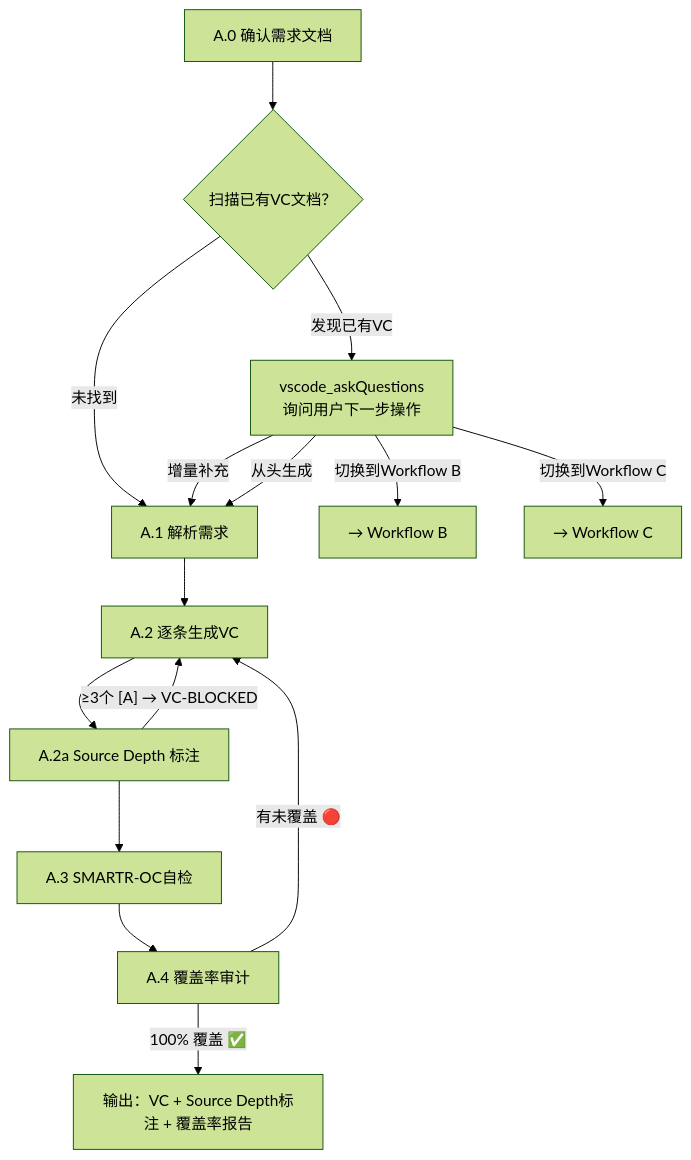
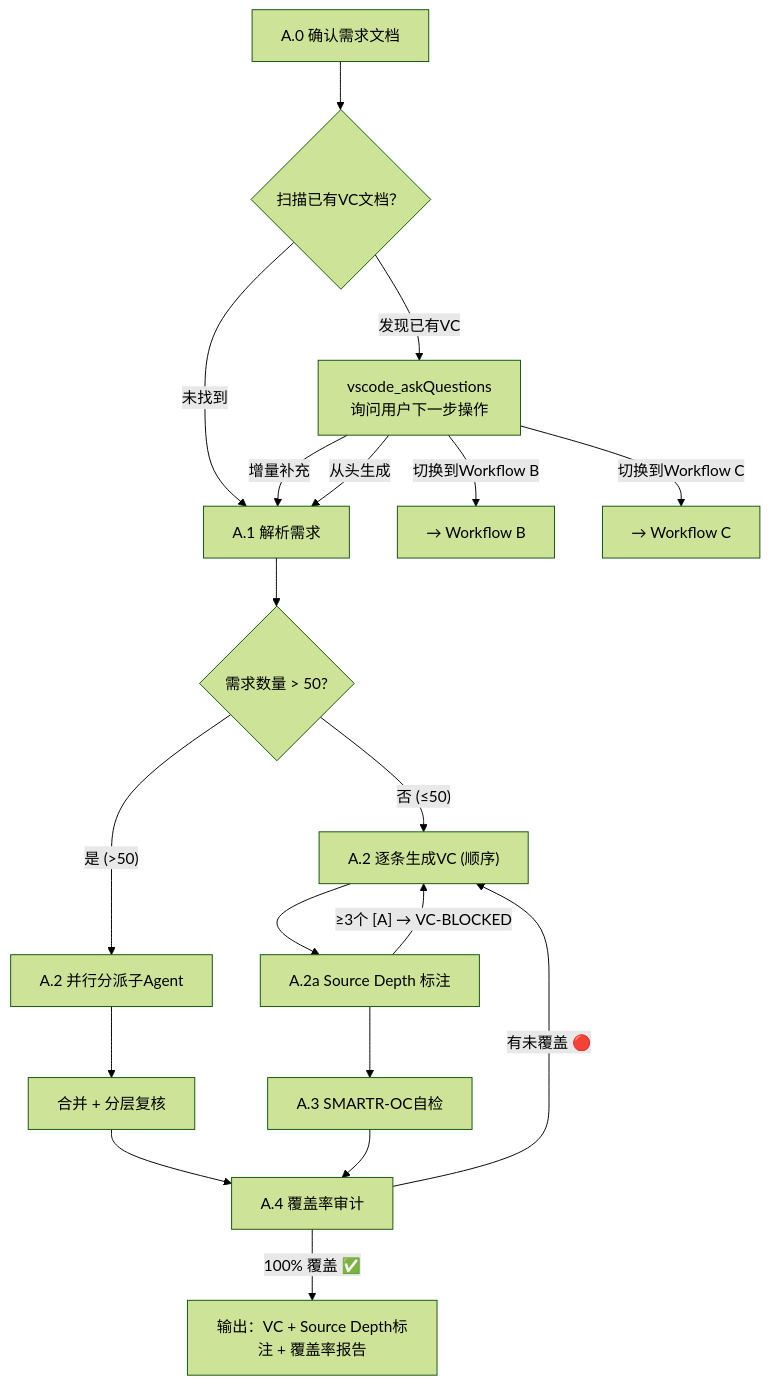
The second of 4 diagrams in .github/skills/verification-criteria/references/vc-workflow-a.md (UnknowCao/autoskill-hub), drawn with Mermaid (forest theme) before and after one commit. The commit also changed other lines of this file and 5 other files, not shown here.

````diff
--- a/.github/skills/verification-criteria/references/vc-workflow-a.md
+++ b/.github/skills/verification-criteria/references/vc-workflow-a.md
@@ -51,17 +65,21 @@
 ```mermaid
 flowchart TD
     A0["A.0 确认需求文档"] --> SCAN{"扫描已有VC文档？"}
     SCAN -->|"未找到"| A1["A.1 解析需求"]
     SCAN -->|"发现已有VC"| ASK["vscode_askQuestions\n询问用户下一步操作"]
     ASK -->|"增量补充"| A1
     ASK -->|"从头生成"| A1
     ASK -->|"切换到Workflow B"| B["→ Workflow B"]
     ASK -->|"切换到Workflow C"| C["→ Workflow C"]
-    A1 --> A2["A.2 逐条生成VC"]
+    A1 --> GATE{"需求数量 > 50?"}
+    GATE -->|"否 (≤50)"| A2["A.2 逐条生成VC (顺序)"]
+    GATE -->|"是 (>50)"| PARALLEL["A.2 并行分派子Agent"]
+    PARALLEL --> MERGE["合并 + 分层复核"]
+    MERGE --> A4["A.4 覆盖率审计"]
     A2 --> A2a["A.2a Source Depth 标注"]
     A2a -->|"≥3个 [A] → VC-BLOCKED"| A2
     A2a --> A3["A.3 SMARTR-OC自检"]
-    A3 --> A4["A.4 覆盖率审计"]
+    A3 --> A4
     A4 -->|"有未覆盖 🔴"| A2
     A4 -->|"100% 覆盖 ✅"| DONE["输出：VC + Source Depth标注 + 覆盖率报告"]
 ```
````
